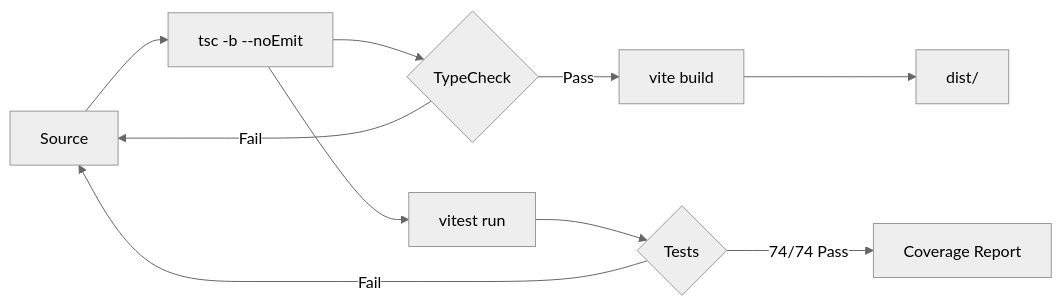
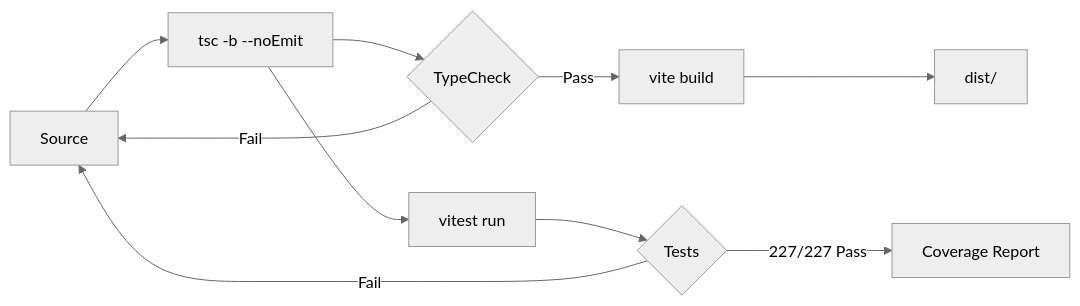
Before and after one commit to zsdotcom/zs-oks: the diagram in docs/project/003-blueprint.md, drawn with Mermaid (neutral theme). The commit also changed other lines of this file and 44 other files, not shown here.

````diff
--- a/docs/project/003-blueprint.md
+++ b/docs/project/003-blueprint.md
@@ -64,12 +64,12 @@
 ```mermaid
 graph LR
     A[Source] --> B[tsc -b --noEmit]
     B --> C{TypeCheck}
     C -->|Pass| D[vite build]
     C -->|Fail| A
     D --> E[dist/]
     B --> F[vitest run]
     F --> G{Tests}
-    G -->|74/74 Pass| H[Coverage Report]
+    G -->|227/227 Pass| H[Coverage Report]
     G -->|Fail| A
 ```
````
